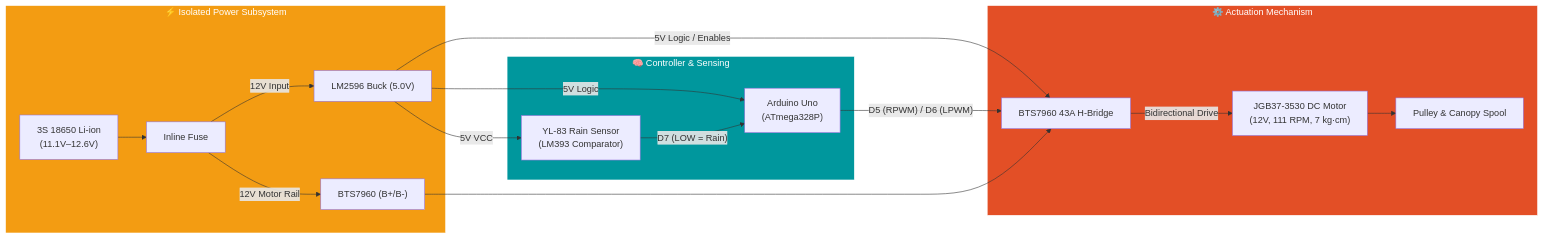
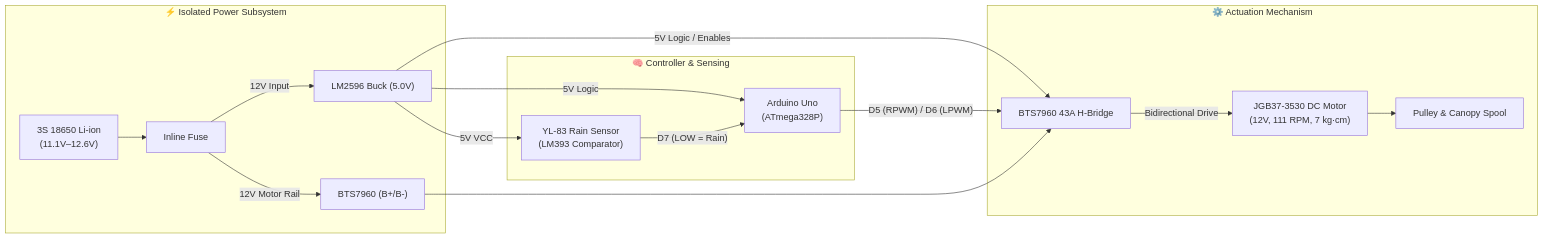
One commit to idrucheez/Smart-RainGuard-Drying-Rack-System changed the diagram in sample.md. Above: the diagram before and after it, drawn with Mermaid.

Commit message:
add sample

````diff
--- a/sample.md
+++ b/sample.md
@@ -79,35 +79,32 @@
 ```mermaid
 graph LR
     subgraph Power ["⚡ Isolated Power Subsystem"]
         BAT["3S 18650 Li-ion<br/>(11.1V–12.6V)"] --> FUSE["Inline Fuse"]
         FUSE -->|"12V Motor Rail"| BTS_PWR["BTS7960 (B+/B-)"]
         FUSE -->|"12V Input"| BUCK["LM2596 Buck (5.0V)"]
     end
 
     subgraph Control ["🧠 Controller & Sensing"]
         MCU["Arduino Uno<br/>(ATmega328P)"]
         SENSOR["YL-83 Rain Sensor<br/>(LM393 Comparator)"]
         BUCK -->|"5V Logic"| MCU
         BUCK -->|"5V VCC"| SENSOR
         SENSOR -->|"D7 (LOW = Rain)"| MCU
     end
 
     subgraph Drive ["⚙️ Actuation Mechanism"]
         DRIVER["BTS7960 43A H-Bridge"]
         MOTOR["JGB37-3530 DC Motor<br/>(12V, 111 RPM, 7 kg·cm)"]
         SPOOL["Pulley & Canopy Spool"]
 
         BUCK -->|"5V Logic / Enables"| DRIVER
         MCU -->|"D5 (RPWM) / D6 (LPWM)"| DRIVER
         BTS_PWR --> DRIVER
         DRIVER -->|"Bidirectional Drive"| MOTOR
         MOTOR --> SPOOL
     end
-
-    classDef pwr fill:#F39C12,stroke:#fff,stroke-width:1px,color:#fff;
-    classDef ctrl fill:#00979D,stroke:#fff,stroke-width:1px,color:#fff;
-    classDef act fill:#E34F26,stroke:#fff,stroke-width:1px,color:#fff;
+	
     class Power pwr;
     class Control ctrl;
     class Drive act;
 ```
````
